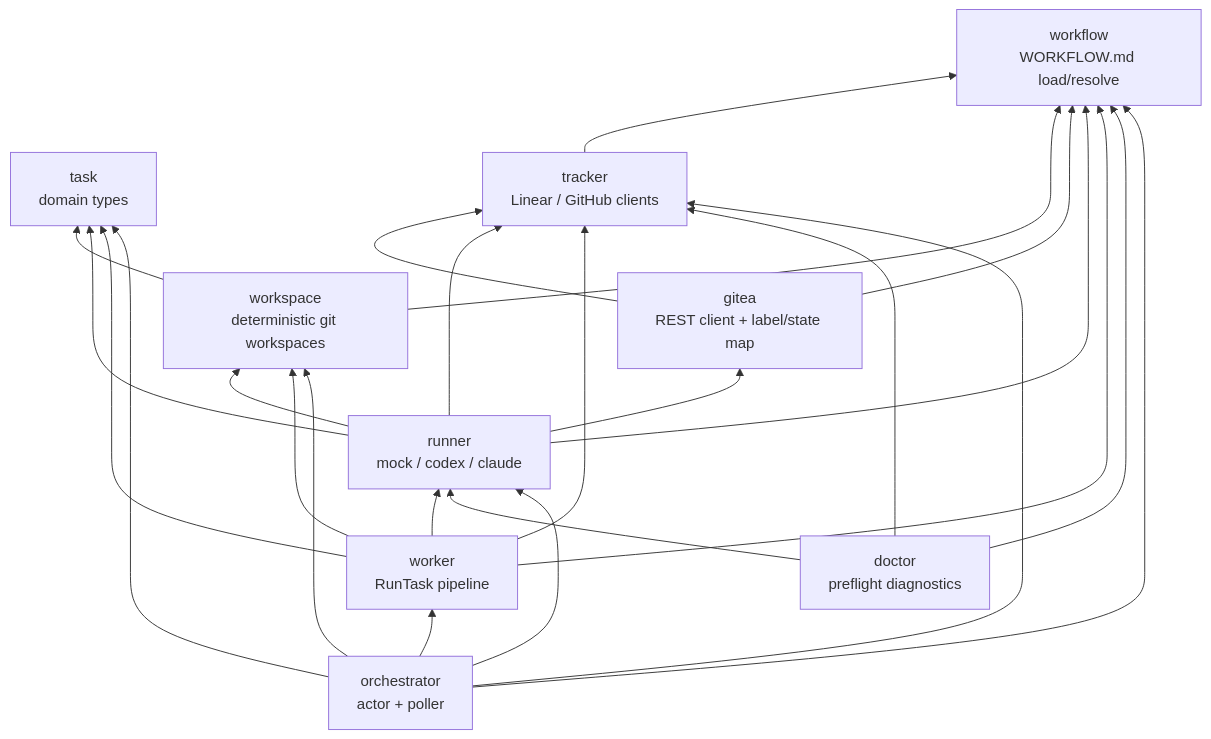
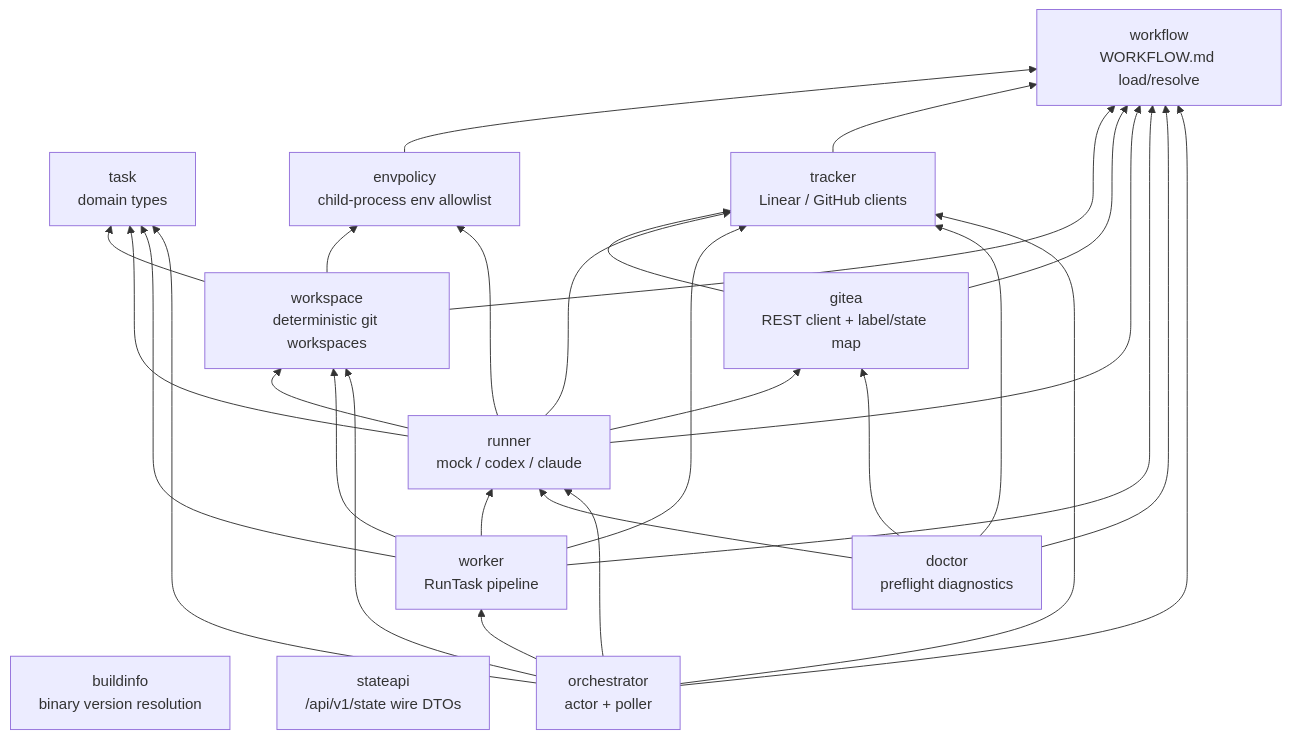
Before and after one commit to xrf9268-hue/aiops-platform: the second of 4 diagrams in docs/architecture.md, drawn with Mermaid. The commit also changed other lines of this file and 2 other files, not shown here.

Commit message:
docs: refresh dashboard architecture docs (#924)

````diff
--- a/docs/architecture.md
+++ b/docs/architecture.md
@@ -75,37 +91,44 @@
 ```mermaid
 flowchart BT
     task["task<br/>domain types"]
+    buildinfo["buildinfo<br/>binary version resolution"]
+    stateapi["stateapi<br/>/api/v1/state wire DTOs"]
     workflow["workflow<br/>WORKFLOW.md load/resolve"]
+    envpolicy["envpolicy<br/>child-process env allowlist"]
     tracker["tracker<br/>Linear / GitHub clients"]
     workspace["workspace<br/>deterministic git workspaces"]
     gitea["gitea<br/>REST client + label/state map"]
     runner["runner<br/>mock / codex / claude"]
     worker["worker<br/>RunTask pipeline"]
     doctor["doctor<br/>preflight diagnostics"]
     orchestrator["orchestrator<br/>actor + poller"]
 
+    envpolicy --> workflow
     tracker --> workflow
+    workspace --> envpolicy
     workspace --> task
     workspace --> workflow
     gitea --> tracker
     gitea --> workflow
+    runner --> envpolicy
     runner --> task
     runner --> tracker
     runner --> workflow
     runner --> workspace
     runner --> gitea
     worker --> runner
     worker --> task
     worker --> tracker
     worker --> workflow
     worker --> workspace
+    doctor --> gitea
     doctor --> runner
     doctor --> tracker
     doctor --> workflow
     orchestrator --> runner
     orchestrator --> task
     orchestrator --> tracker
     orchestrator --> worker
     orchestrator --> workflow
     orchestrator --> workspace
 ```
````
